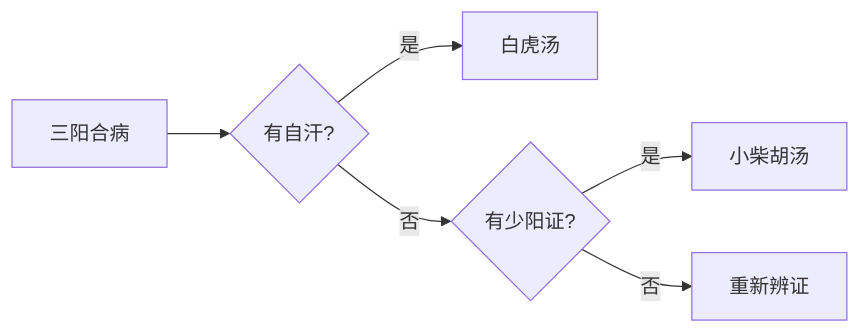
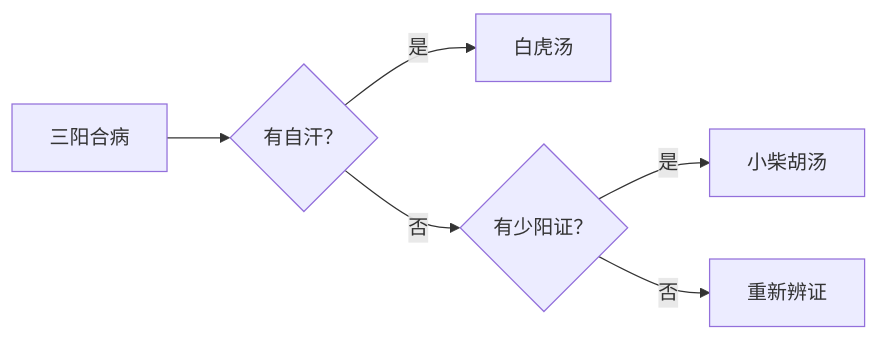
Before and after one commit to acuherb/acuherb.github.io: the second of 2 diagrams in posts/shanghanlun-237/index.md, drawn with Mermaid. The commit also changed 697 other files, not shown here.

````diff
--- a/posts/shanghanlun-237/index.md
+++ b/posts/shanghanlun-237/index.md
@@ -85,8 +85,8 @@
    ```mermaid
    graph LR
-     A[三阳合病] --> B{有自汗?}
+     A[三阳合病] --> B{有自汗？}
      B -->|是| C[白虎汤]
-     B -->|否| D{有少阳证?}
+     B -->|否| D{有少阳证？}
      D -->|是| E[小柴胡汤]
      D -->|否| F[重新辨证]
    ```
````
